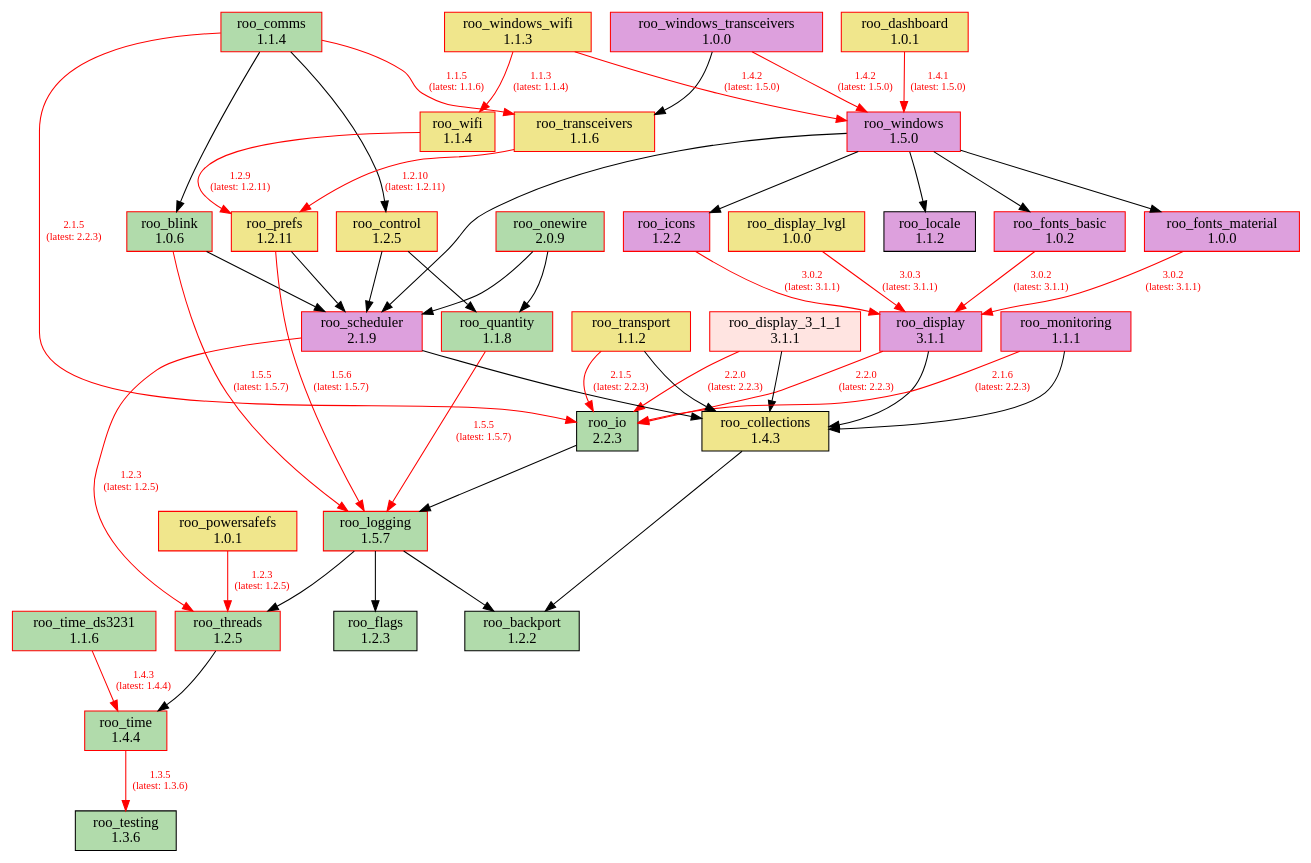
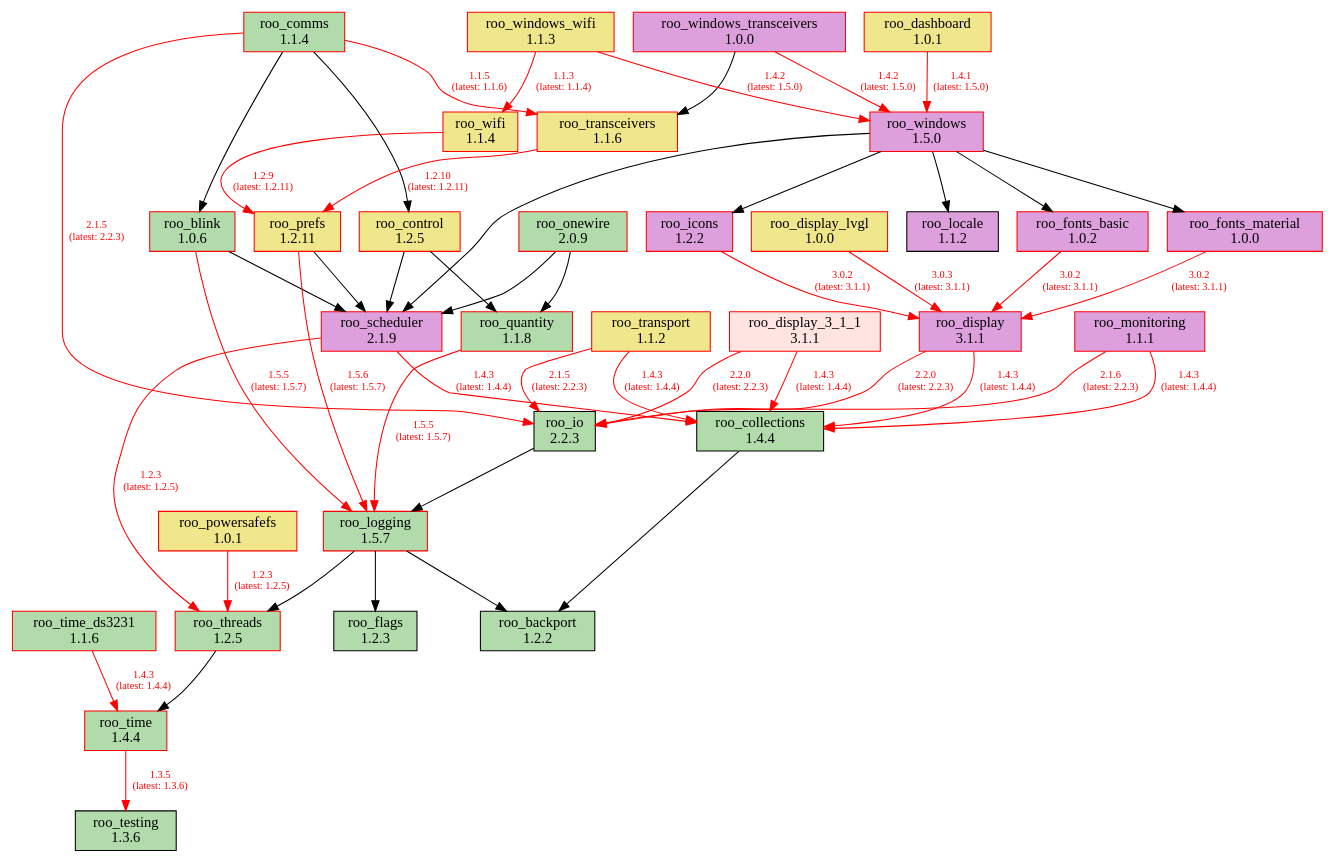
Before and after one commit to dejwk/roo-registry: the diagram in doc/dependencies.dot, drawn with Graphviz. The commit also changed 3 other files, not shown here.

Commit message:
Added roo_collections 1.4.4 to the registry.

```diff
--- a/doc/dependencies.dot
+++ b/doc/dependencies.dot
@@ -1,89 +1,89 @@
 digraph dependencies {
     rankdir=TB;
     node [shape=box, style=filled];
     edge [fontsize=10];
 
     // Modules
     "roo_backport" [label="roo_backport\n1.2.2", fillcolor="#b1dbab", color="black"];
     "roo_blink" [label="roo_blink\n1.0.6", fillcolor="#b1dbab", color="red"];
-    "roo_collections" [label="roo_collections\n1.4.3", fillcolor="khaki", color="black"];
+    "roo_collections" [label="roo_collections\n1.4.4", fillcolor="#b1dbab", color="black"];
     "roo_comms" [label="roo_comms\n1.1.4", fillcolor="#b1dbab", color="red"];
     "roo_control" [label="roo_control\n1.2.5", fillcolor="khaki", color="red"];
     "roo_dashboard" [label="roo_dashboard\n1.0.1", fillcolor="khaki", color="red"];
     "roo_display" [label="roo_display\n3.1.1", fillcolor="plum", color="red"];
     "roo_display_3_1_1" [label="roo_display_3_1_1\n3.1.1", fillcolor="mistyrose", color="red"];
     "roo_display_lvgl" [label="roo_display_lvgl\n1.0.0", fillcolor="khaki", color="red"];
     "roo_flags" [label="roo_flags\n1.2.3", fillcolor="#b1dbab", color="black"];
     "roo_fonts_basic" [label="roo_fonts_basic\n1.0.2", fillcolor="plum", color="red"];
     "roo_fonts_material" [label="roo_fonts_material\n1.0.0", fillcolor="plum", color="red"];
     "roo_icons" [label="roo_icons\n1.2.2", fillcolor="plum", color="red"];
     "roo_io" [label="roo_io\n2.2.3", fillcolor="#b1dbab", color="black"];
     "roo_locale" [label="roo_locale\n1.1.2", fillcolor="plum", color="black"];
     "roo_logging" [label="roo_logging\n1.5.7", fillcolor="#b1dbab", color="red"];
     "roo_monitoring" [label="roo_monitoring\n1.1.1", fillcolor="plum", color="red"];
     "roo_onewire" [label="roo_onewire\n2.0.9", fillcolor="#b1dbab", color="red"];
     "roo_powersafefs" [label="roo_powersafefs\n1.0.1", fillcolor="khaki", color="red"];
     "roo_prefs" [label="roo_prefs\n1.2.11", fillcolor="khaki", color="red"];
     "roo_quantity" [label="roo_quantity\n1.1.8", fillcolor="#b1dbab", color="red"];
     "roo_scheduler" [label="roo_scheduler\n2.1.9", fillcolor="plum", color="red"];
     "roo_testing" [label="roo_testing\n1.3.6", fillcolor="#b1dbab", color="black"];
     "roo_threads" [label="roo_threads\n1.2.5", fillcolor="#b1dbab", color="red"];
     "roo_time" [label="roo_time\n1.4.4", fillcolor="#b1dbab", color="red"];
     "roo_time_ds3231" [label="roo_time_ds3231\n1.1.6", fillcolor="#b1dbab", color="red"];
     "roo_transceivers" [label="roo_transceivers\n1.1.6", fillcolor="khaki", color="red"];
     "roo_transport" [label="roo_transport\n1.1.2", fillcolor="khaki", color="red"];
     "roo_wifi" [label="roo_wifi\n1.1.4", fillcolor="khaki", color="red"];
     "roo_windows" [label="roo_windows\n1.5.0", fillcolor="plum", color="red"];
     "roo_windows_transceivers" [label="roo_windows_transceivers\n1.0.0", fillcolor="plum", color="red"];
     "roo_windows_wifi" [label="roo_windows_wifi\n1.1.3", fillcolor="khaki", color="red"];
 
     // Dependencies
     "roo_blink" -> "roo_logging" [color=red, fontcolor=red, label="1.5.5\n(latest: 1.5.7)"];
     "roo_blink" -> "roo_scheduler";
     "roo_collections" -> "roo_backport";
     "roo_comms" -> "roo_blink";
     "roo_comms" -> "roo_control";
     "roo_comms" -> "roo_io" [color=red, fontcolor=red, label="2.1.5\n(latest: 2.2.3)"];
     "roo_comms" -> "roo_transceivers" [color=red, fontcolor=red, label="1.1.5\n(latest: 1.1.6)"];
     "roo_control" -> "roo_quantity";
     "roo_control" -> "roo_scheduler";
     "roo_dashboard" -> "roo_windows" [color=red, fontcolor=red, label="1.4.1\n(latest: 1.5.0)"];
-    "roo_display" -> "roo_collections";
+    "roo_display" -> "roo_collections" [color=red, fontcolor=red, label="1.4.3\n(latest: 1.4.4)"];
     "roo_display" -> "roo_io" [color=red, fontcolor=red, label="2.2.0\n(latest: 2.2.3)"];
-    "roo_display_3_1_1" -> "roo_collections";
+    "roo_display_3_1_1" -> "roo_collections" [color=red, fontcolor=red, label="1.4.3\n(latest: 1.4.4)"];
     "roo_display_3_1_1" -> "roo_io" [color=red, fontcolor=red, label="2.2.0\n(latest: 2.2.3)"];
     "roo_display_lvgl" -> "roo_display" [color=red, fontcolor=red, label="3.0.3\n(latest: 3.1.1)"];
     "roo_fonts_basic" -> "roo_display" [color=red, fontcolor=red, label="3.0.2\n(latest: 3.1.1)"];
     "roo_fonts_material" -> "roo_display" [color=red, fontcolor=red, label="3.0.2\n(latest: 3.1.1)"];
     "roo_icons" -> "roo_display" [color=red, fontcolor=red, label="3.0.2\n(latest: 3.1.1)"];
     "roo_io" -> "roo_logging";
     "roo_logging" -> "roo_backport";
     "roo_logging" -> "roo_flags";
     "roo_logging" -> "roo_threads";
-    "roo_monitoring" -> "roo_collections";
+    "roo_monitoring" -> "roo_collections" [color=red, fontcolor=red, label="1.4.3\n(latest: 1.4.4)"];
     "roo_monitoring" -> "roo_io" [color=red, fontcolor=red, label="2.1.6\n(latest: 2.2.3)"];
     "roo_onewire" -> "roo_scheduler";
     "roo_onewire" -> "roo_quantity";
     "roo_powersafefs" -> "roo_threads" [color=red, fontcolor=red, label="1.2.3\n(latest: 1.2.5)"];
     "roo_prefs" -> "roo_logging" [color=red, fontcolor=red, label="1.5.6\n(latest: 1.5.7)"];
     "roo_prefs" -> "roo_scheduler";
     "roo_quantity" -> "roo_logging" [color=red, fontcolor=red, label="1.5.5\n(latest: 1.5.7)"];
-    "roo_scheduler" -> "roo_collections";
+    "roo_scheduler" -> "roo_collections" [color=red, fontcolor=red, label="1.4.3\n(latest: 1.4.4)"];
     "roo_scheduler" -> "roo_threads" [color=red, fontcolor=red, label="1.2.3\n(latest: 1.2.5)"];
     "roo_threads" -> "roo_time";
     "roo_time" -> "roo_testing" [color=red, fontcolor=red, label="1.3.5\n(latest: 1.3.6)"];
     "roo_time_ds3231" -> "roo_time" [color=red, fontcolor=red, label="1.4.3\n(latest: 1.4.4)"];
     "roo_transceivers" -> "roo_prefs" [color=red, fontcolor=red, label="1.2.10\n(latest: 1.2.11)"];
-    "roo_transport" -> "roo_collections";
+    "roo_transport" -> "roo_collections" [color=red, fontcolor=red, label="1.4.3\n(latest: 1.4.4)"];
     "roo_transport" -> "roo_io" [color=red, fontcolor=red, label="2.1.5\n(latest: 2.2.3)"];
     "roo_wifi" -> "roo_prefs" [color=red, fontcolor=red, label="1.2.9\n(latest: 1.2.11)"];
     "roo_windows" -> "roo_fonts_basic";
     "roo_windows" -> "roo_fonts_material";
     "roo_windows" -> "roo_locale";
     "roo_windows" -> "roo_icons";
     "roo_windows" -> "roo_scheduler";
     "roo_windows_transceivers" -> "roo_transceivers";
     "roo_windows_transceivers" -> "roo_windows" [color=red, fontcolor=red, label="1.4.2\n(latest: 1.5.0)"];
     "roo_windows_wifi" -> "roo_wifi" [color=red, fontcolor=red, label="1.1.3\n(latest: 1.1.4)"];
     "roo_windows_wifi" -> "roo_windows" [color=red, fontcolor=red, label="1.4.2\n(latest: 1.5.0)"];
 }
```
